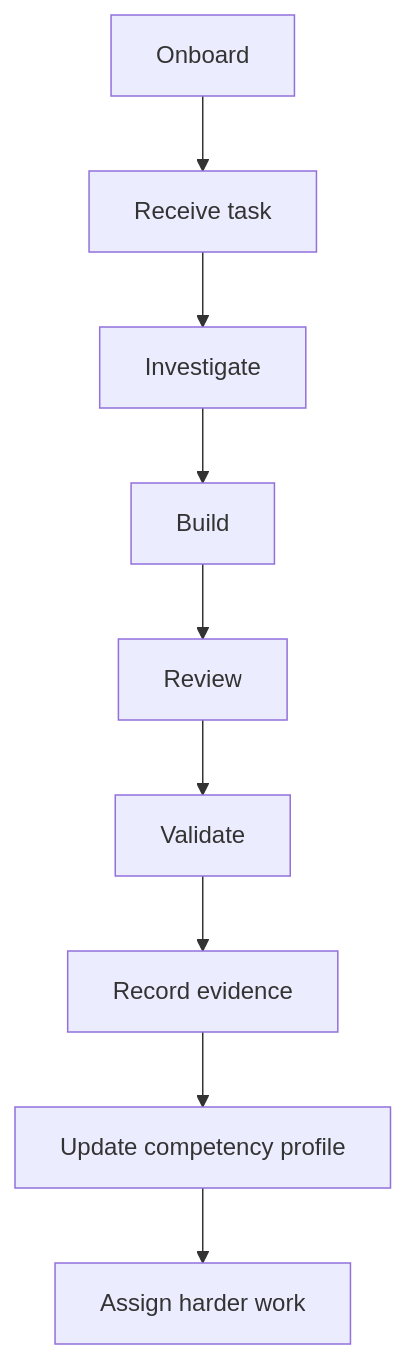
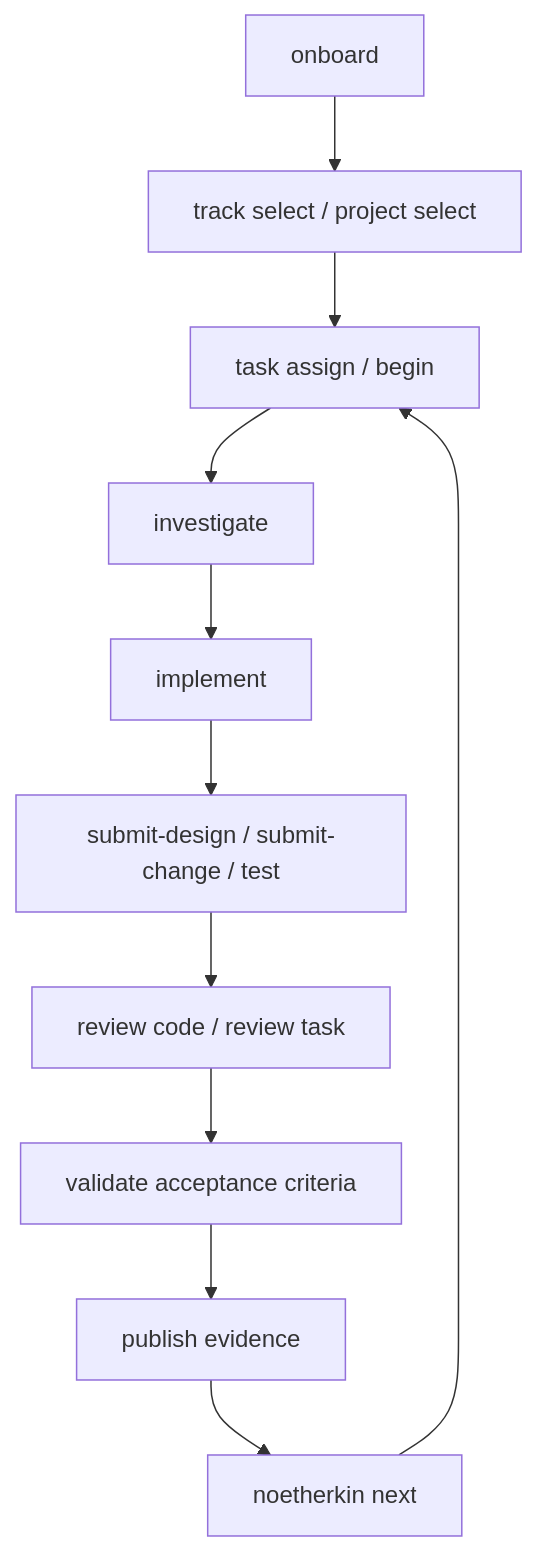
Before and after one commit to nanaagyei/nana-site: the second of 5 diagrams in content/writing/noetherkin-architecture-notes.mdx, drawn with Mermaid. The commit also changed other lines of this file and 9 other files, not shown here.

First line of the commit message:
Update noetherkin writing for its current CLI architecture, add it as a project, and expand the bookshelf

````diff
--- a/content/writing/noetherkin-architecture-notes.mdx
+++ b/content/writing/noetherkin-architecture-notes.mdx
@@ -43,12 +39,14 @@
 ```mermaid
-%% The apprenticeship loop
+%% The apprenticeship loop, protocol terms
 flowchart TB
-  onboard[Onboard] --> receive[Receive task]
-  receive --> investigate[Investigate]
-  investigate --> build[Build]
-  build --> review[Review]
-  review --> validate[Validate]
-  validate --> record[Record evidence]
-  record --> update[Update competency profile]
-  update --> harder[Assign harder work]
+  onboard[onboard] --> select[track select / project select]
+  select --> assign[task assign / begin]
+  assign --> investigate[investigate]
+  investigate --> build[implement]
+  build --> gate[submit-design / submit-change / test]
+  gate --> review["review code / review task"]
+  review --> validate[validate acceptance criteria]
+  validate --> evidence[publish evidence]
+  evidence --> next[noetherkin next]
+  next --> assign
 ```
````
